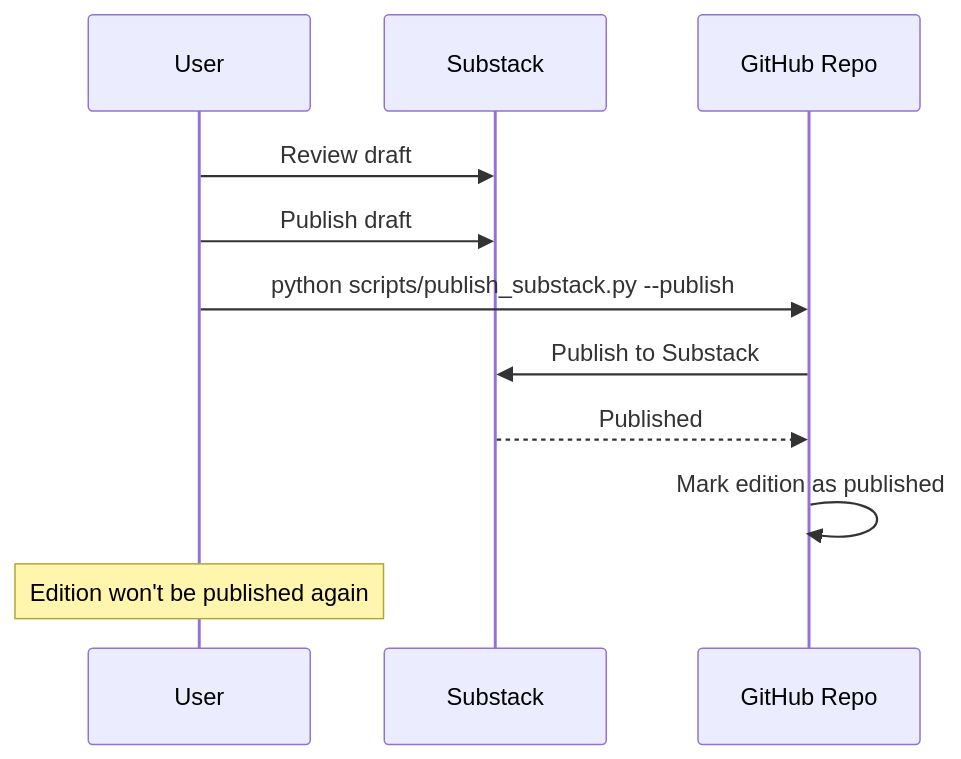
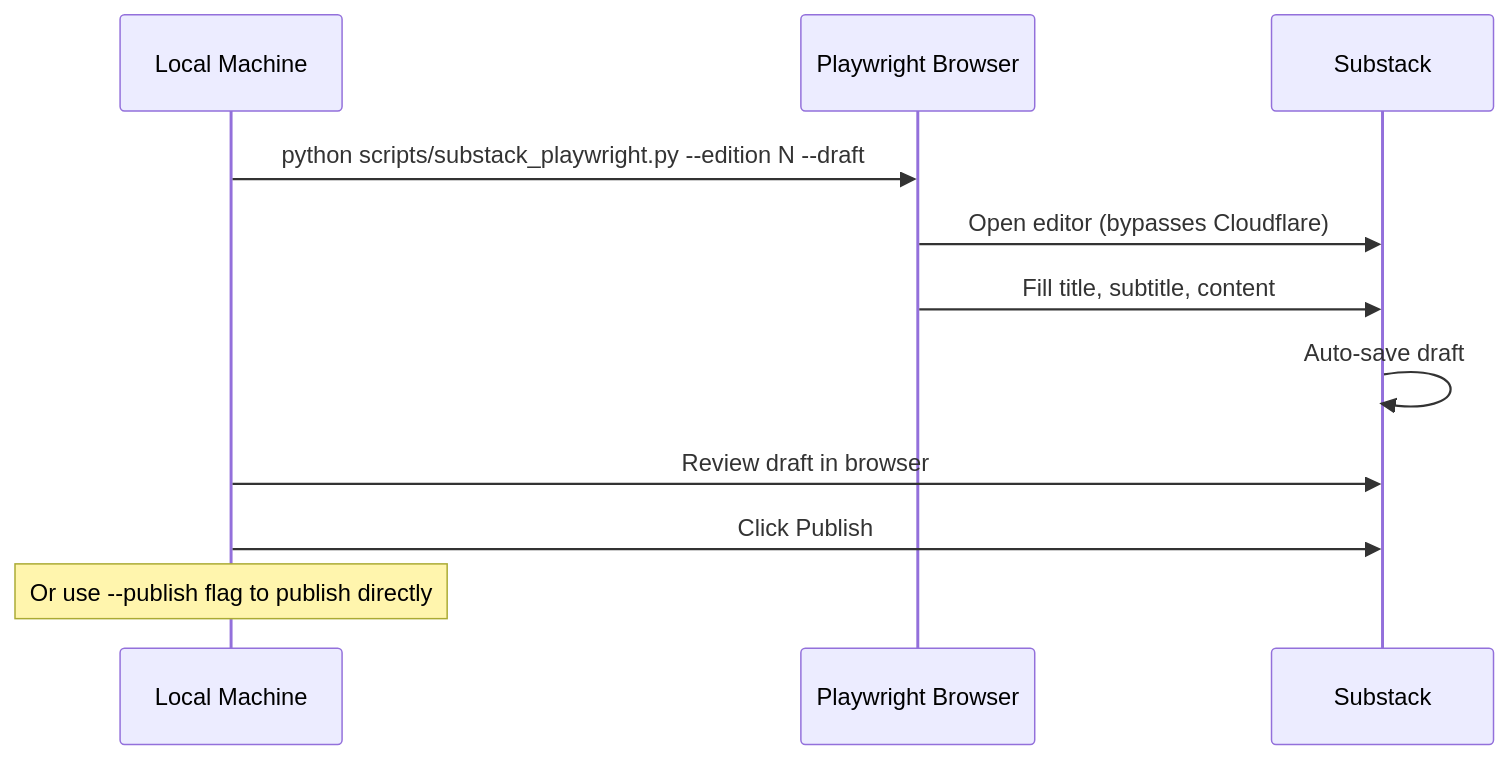
The fourth of 6 diagrams in SYSTEM_DESIGN.md (obscurebit/b1ts), drawn with Mermaid before and after one commit. The commit also changed other lines of this file and 1 other file, not shown here.

Commit message:
docs: Update system design for local-only Substack publishing (Cloudflare blocks CI)

````diff
--- a/SYSTEM_DESIGN.md
+++ b/SYSTEM_DESIGN.md
@@ -115,16 +118,16 @@
 ```mermaid
 sequenceDiagram
-    participant User as User
+    participant User as Local Machine
+    participant PW as Playwright Browser
     participant SS as Substack
-    participant GH as GitHub Repo
     
-    User->>SS: Review draft
-    User->>SS: Publish draft
+    User->>PW: python scripts/substack_playwright.py --edition N --draft
+    PW->>SS: Open editor (bypasses Cloudflare)
+    PW->>SS: Fill title, subtitle, content
+    SS->>SS: Auto-save draft
     
-    User->>GH: python scripts/publish_substack.py --publish
-    GH->>SS: Publish to Substack
-    SS-->>GH: Published
-    GH->>GH: Mark edition as published
+    User->>SS: Review draft in browser
+    User->>SS: Click Publish
     
-    Note over User: Edition won't be published again
+    Note over User: Or use --publish flag to publish directly
 ```
````
